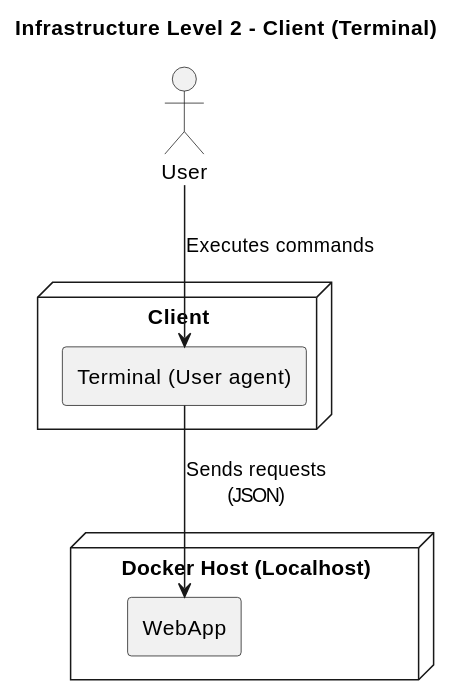
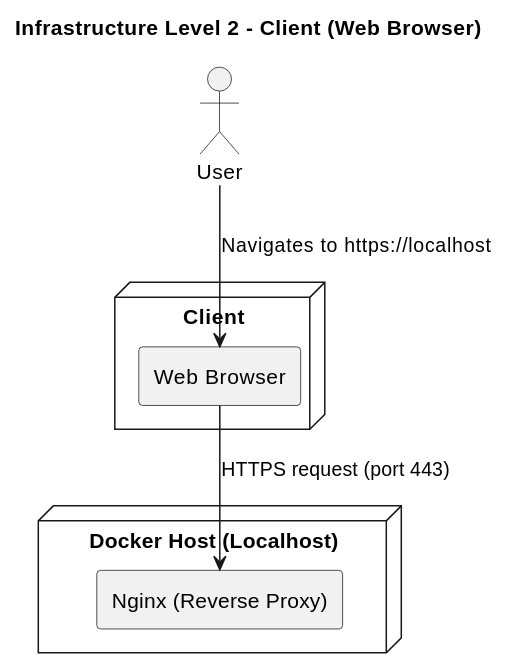
One commit to Arquisoft/yovi_es1a changed the third of 5 diagrams in docs/src/07_deployment_view.adoc. Above: the diagram before and after it, drawn with PlantUML. The commit also changed other lines of this file and 2 other files, not shown here.

```diff
--- a/docs/src/07_deployment_view.adoc
+++ b/docs/src/07_deployment_view.adoc
@@ -188,22 +206,22 @@
 [plantuml]
 ----
 @startuml
-title Infrastructure Level 2 - Client (Terminal)
+title Infrastructure Level 2 - Client (Web Browser)
 
 skinparam shadowing false
 skinparam componentStyle rectangle
 
 actor "User" as user
 
 node "Client" as client {
-  [Terminal (User agent)] as terminal
+  [Web Browser] as browser
 }
 
 node "Docker Host (Localhost)" as host {
-  [WebApp] as webapp
+  [Nginx (Reverse Proxy)] as nginx
 }
 
-user --> terminal : Executes commands
-terminal --> webapp : Sends requests\n(JSON)
+user --> browser : Navigates to https://localhost
+browser --> nginx : HTTPS request (port 443)
 @enduml
 ----
```
